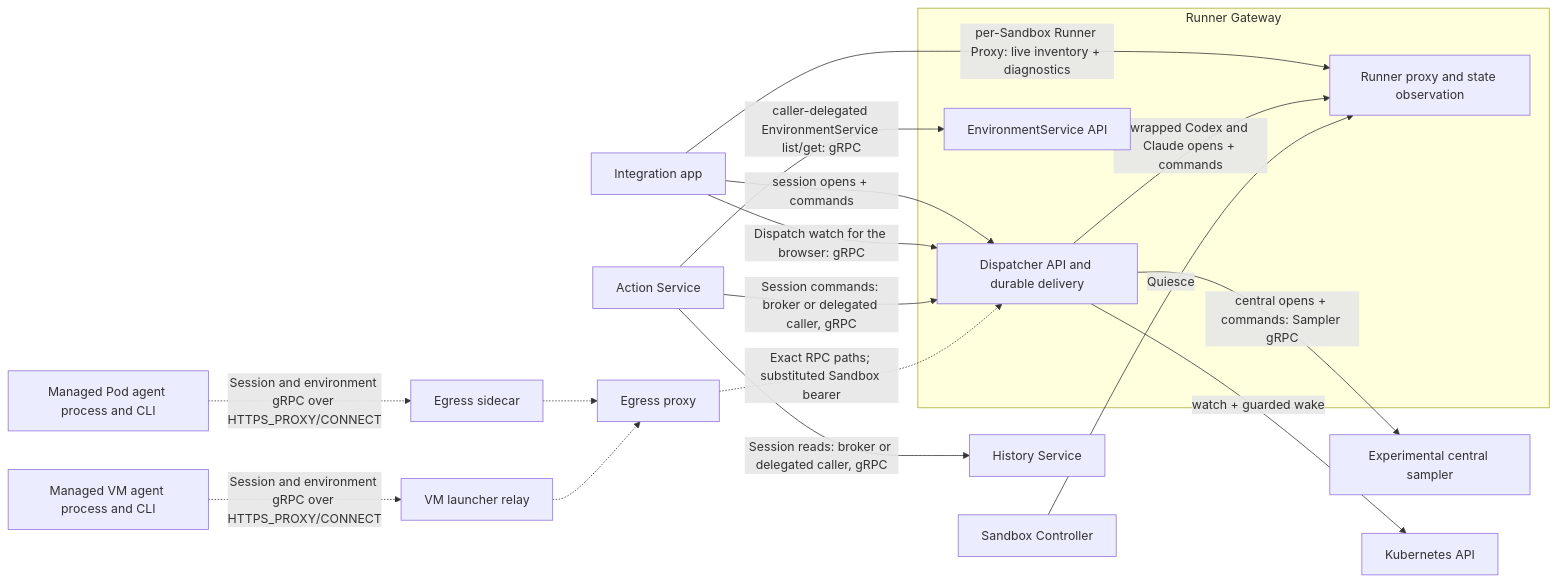
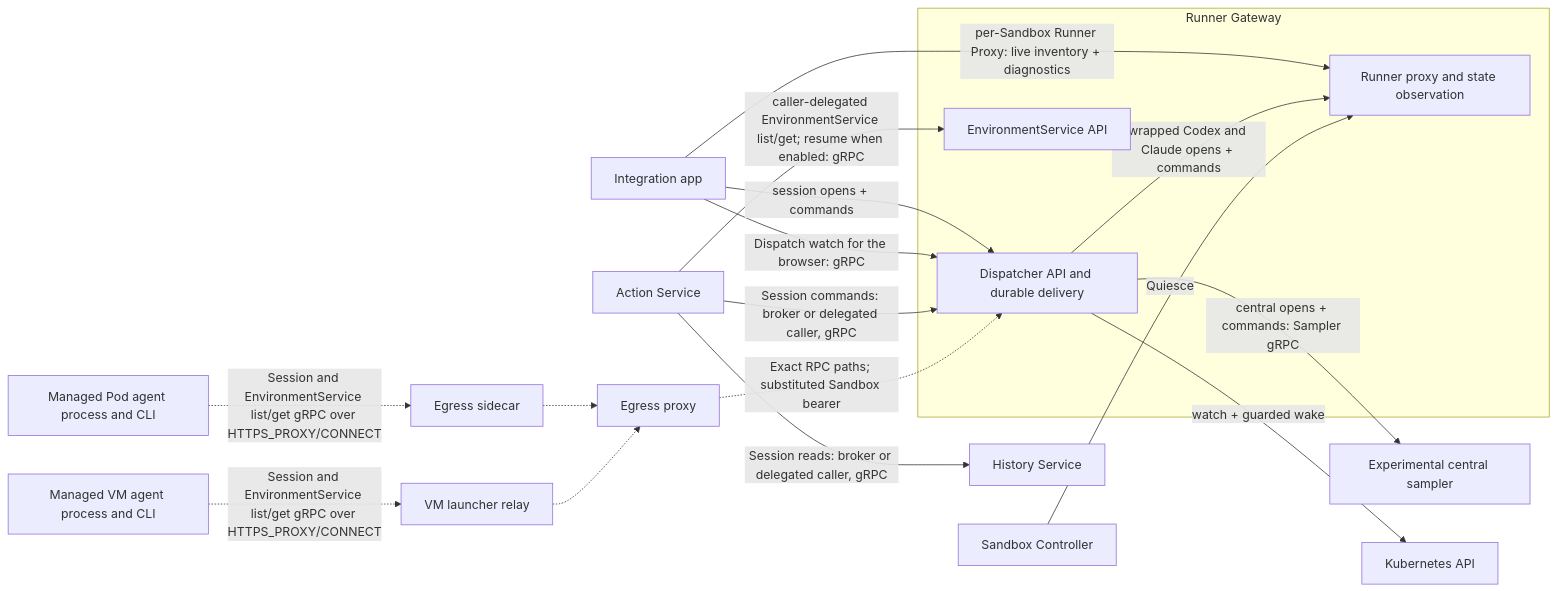
The second of 9 diagrams in agentplane/docs/system_overview.md (agentydragon/ducktape), drawn with Mermaid before and after one commit. The commit also changed other lines of this file and 28 other files, not shown here.

````diff
--- a/agentplane/docs/system_overview.md
+++ b/agentplane/docs/system_overview.md
@@ -198,34 +198,34 @@
 ```mermaid
 flowchart LR
     app[Integration app]
     actions[Action Service]
     history[History Service]
     subgraph unified[Runner Gateway]
         dispatcher[Dispatcher API and durable delivery]
-        discovery[EnvironmentService API]
+        environments[EnvironmentService API]
         gateway[Runner proxy and state observation]
     end
     pod[Managed Pod agent process and CLI]
     sidecar[Egress sidecar]
     guest[Managed VM agent process and CLI]
     relay[VM launcher relay]
     egress[Egress proxy]
     central[Experimental central sampler]
     sandboxctl[Sandbox Controller]
     k8s[Kubernetes API]
     app -->|session opens + commands| dispatcher
     app -->|Dispatch watch for the browser: gRPC| dispatcher
-    actions -->|caller-delegated EnvironmentService list/get: gRPC| discovery
+    actions -->|caller-delegated EnvironmentService list/get; resume when enabled: gRPC| environments
     actions -->|Session commands: broker or delegated caller, gRPC| dispatcher
     actions -->|Session reads: broker or delegated caller, gRPC| history
     app -->|per-Sandbox Runner Proxy: live inventory + diagnostics| gateway
     dispatcher -->|wrapped Codex and Claude opens + commands| gateway
     dispatcher -->|central opens + commands: Sampler gRPC| central
     sandboxctl -->|Quiesce| gateway
     dispatcher -->|watch + guarded wake| k8s
-    pod -.->|Session and environment gRPC over HTTPS_PROXY/CONNECT| sidecar
-    guest -.->|Session and environment gRPC over HTTPS_PROXY/CONNECT| relay
+    pod -.->|Session and EnvironmentService list/get gRPC over HTTPS_PROXY/CONNECT| sidecar
+    guest -.->|Session and EnvironmentService list/get gRPC over HTTPS_PROXY/CONNECT| relay
     sidecar -.-> egress
     relay -.-> egress
     egress -.->|Exact RPC paths; substituted Sandbox bearer| dispatcher
 ```
````
